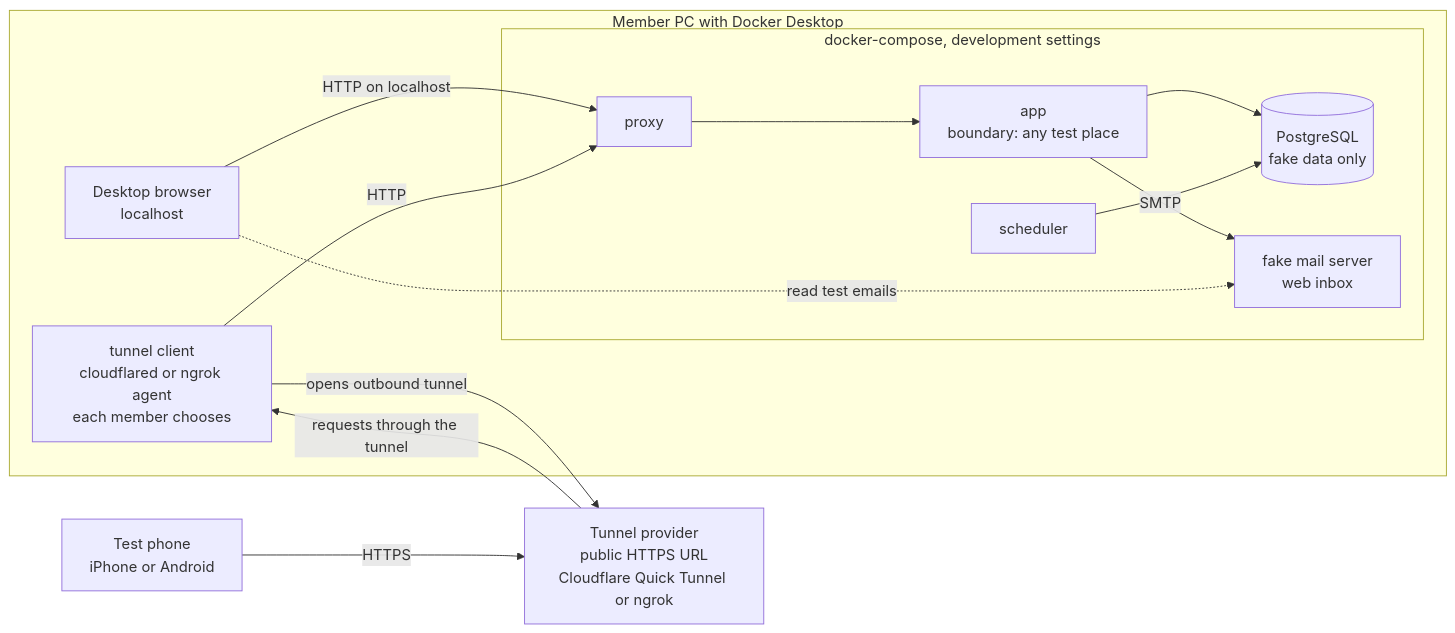
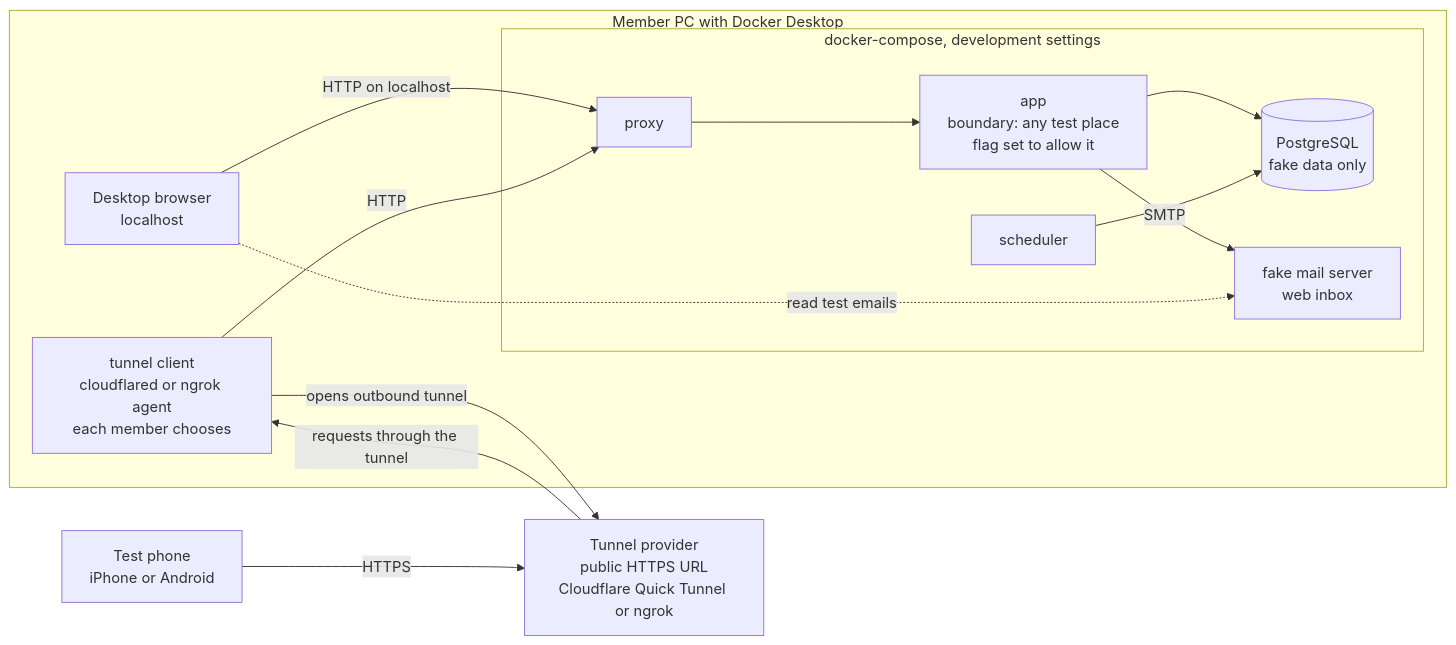
Before and after one commit to Th3-Minorities/natatorio-gym-app: the third of 5 diagrams in docs/design/architecture.md, drawn with Mermaid. The commit also changed other lines of this file, not shown here.

Commit message:
Apply the design review decisions to the architecture

````diff
--- a/docs/design/architecture.md
+++ b/docs/design/architecture.md
@@ -107,27 +114,27 @@
 ```mermaid
 flowchart LR
   subgraph PC["Member PC with Docker Desktop"]
     BR["Desktop browser<br/>localhost"]
     subgraph DEV["docker-compose, development settings"]
       PX1["proxy"]
-      APP1["app<br/>boundary: any test place"]
+      APP1["app<br/>boundary: any test place<br/>flag set to allow it"]
       SCH1["scheduler"]
       DB1[("PostgreSQL<br/>fake data only")]
       FM["fake mail server<br/>web inbox"]
     end
     TC["tunnel client<br/>cloudflared or ngrok agent<br/>each member chooses"]
   end
   EDGE["Tunnel provider<br/>public HTTPS URL<br/>Cloudflare Quick Tunnel or ngrok"]
   PHONE["Test phone<br/>iPhone or Android"]
 
   BR -->|"HTTP on localhost"| PX1
   PHONE -->|"HTTPS"| EDGE
   TC -->|"opens outbound tunnel"| EDGE
   EDGE -->|"requests through the tunnel"| TC
   TC -->|"HTTP"| PX1
   PX1 --> APP1
   APP1 --> DB1
   SCH1 --> DB1
   APP1 -->|"SMTP"| FM
   BR -.->|"read test emails"| FM
 ```
````
